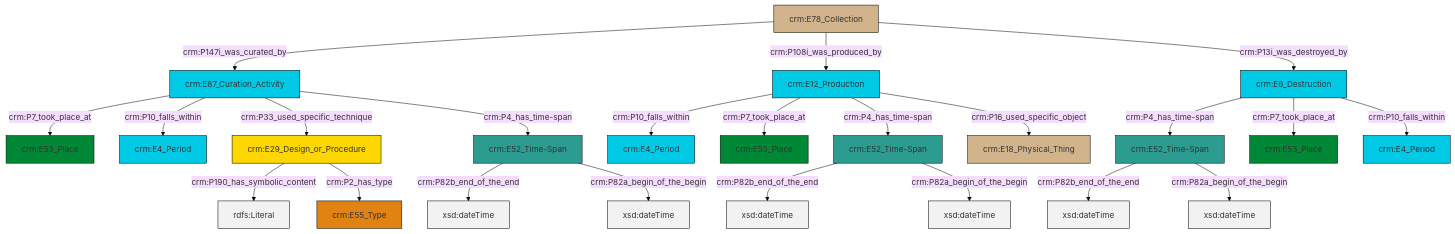
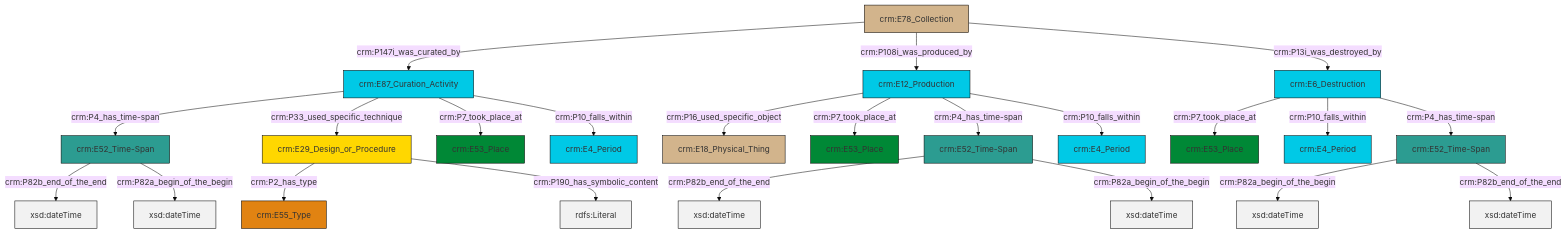
The diagram in et/archivalCSV/ttl/mmd/archival_existence.ttl.mmd (swiss-art-research-net/docs.swissartresearch), drawn with Mermaid (base theme) before and after one commit. The commit also changed 177 other files, not shown here.

```diff
--- a/et/archivalCSV/ttl/mmd/archival_existence.ttl.mmd
+++ b/et/archivalCSV/ttl/mmd/archival_existence.ttl.mmd
@@ -1,37 +1,37 @@
 graph TD
 classDef Literal fill:#f2f2f2,stroke:#000000;
 classDef CRM_Entity fill:#FFFFFF,stroke:#000000;
 classDef Temporal_Entity fill:#00C9E6, stroke:#000000;
 classDef Type fill:#E18312, stroke:#000000;
 classDef Time-Span fill:#2C9C91, stroke:#000000;
 classDef Appellation fill:#FFEB7F, stroke:#000000;
 classDef Place fill:#008836, stroke:#000000;
 classDef Persistent_Item fill:#B266B2, stroke:#000000;
 classDef Conceptual_Object fill:#FFD700, stroke:#000000;
 classDef Physical_Thing fill:#D2B48C, stroke:#000000;
 classDef Actor fill:#f58aad, stroke:#000000;
 classDef PC_Classes fill:#4ce600, stroke:#000000;
 classDef Multi fill:#cccccc,stroke:#000000;
 
-0["crm:E87_Curation_Activity"]:::Temporal_Entity -->|crm:P7_took_place_at| 1["crm:E53_Place"]:::Place
-4["crm:E29_Design_or_Procedure"]:::Conceptual_Object -->|crm:P190_has_symbolic_content| 5[rdfs:Literal]:::Literal
-0["crm:E87_Curation_Activity"]:::Temporal_Entity -->|crm:P10_falls_within| 7["crm:E4_Period"]:::Temporal_Entity
-8["crm:E52_Time-Span"]:::Time-Span -->|crm:P82b_end_of_the_end| 9[xsd:dateTime]:::Literal
-2["crm:E52_Time-Span"]:::Time-Span -->|crm:P82b_end_of_the_end| 10[xsd:dateTime]:::Literal
-11["crm:E6_Destruction"]:::Temporal_Entity -->|crm:P4_has_time-span| 2["crm:E52_Time-Span"]:::Time-Span
-8["crm:E52_Time-Span"]:::Time-Span -->|crm:P82a_begin_of_the_begin| 12[xsd:dateTime]:::Literal
-13["crm:E78_Collection"]:::Physical_Thing -->|crm:P147i_was_curated_by| 0["crm:E87_Curation_Activity"]:::Temporal_Entity
-2["crm:E52_Time-Span"]:::Time-Span -->|crm:P82a_begin_of_the_begin| 16[xsd:dateTime]:::Literal
-11["crm:E6_Destruction"]:::Temporal_Entity -->|crm:P7_took_place_at| 19["crm:E53_Place"]:::Place
-20["crm:E12_Production"]:::Temporal_Entity -->|crm:P10_falls_within| 21["crm:E4_Period"]:::Temporal_Entity
-0["crm:E87_Curation_Activity"]:::Temporal_Entity -->|crm:P33_used_specific_technique| 4["crm:E29_Design_or_Procedure"]:::Conceptual_Object
-17["crm:E52_Time-Span"]:::Time-Span -->|crm:P82b_end_of_the_end| 28[xsd:dateTime]:::Literal
-20["crm:E12_Production"]:::Temporal_Entity -->|crm:P7_took_place_at| 14["crm:E53_Place"]:::Place
-13["crm:E78_Collection"]:::Physical_Thing -->|crm:P108i_was_produced_by| 20["crm:E12_Production"]:::Temporal_Entity
-11["crm:E6_Destruction"]:::Temporal_Entity -->|crm:P10_falls_within| 33["crm:E4_Period"]:::Temporal_Entity
-0["crm:E87_Curation_Activity"]:::Temporal_Entity -->|crm:P4_has_time-span| 8["crm:E52_Time-Span"]:::Time-Span
-13["crm:E78_Collection"]:::Physical_Thing -->|crm:P13i_was_destroyed_by| 11["crm:E6_Destruction"]:::Temporal_Entity
-20["crm:E12_Production"]:::Temporal_Entity -->|crm:P4_has_time-span| 17["crm:E52_Time-Span"]:::Time-Span
-17["crm:E52_Time-Span"]:::Time-Span -->|crm:P82a_begin_of_the_begin| 36[xsd:dateTime]:::Literal
-20["crm:E12_Production"]:::Temporal_Entity -->|crm:P16_used_specific_object| 30["crm:E18_Physical_Thing"]:::Physical_Thing
-4["crm:E29_Design_or_Procedure"]:::Conceptual_Object -->|crm:P2_has_type| 23["crm:E55_Type"]:::Type
+0["crm:E52_Time-Span"]:::Time-Span -->|crm:P82b_end_of_the_end| 1[xsd:dateTime]:::Literal
+2["crm:E6_Destruction"]:::Temporal_Entity -->|crm:P7_took_place_at| 3["crm:E53_Place"]:::Place
+12["crm:E87_Curation_Activity"]:::Temporal_Entity -->|crm:P4_has_time-span| 0["crm:E52_Time-Span"]:::Time-Span
+15["crm:E52_Time-Span"]:::Time-Span -->|crm:P82b_end_of_the_end| 16[xsd:dateTime]:::Literal
+20["crm:E12_Production"]:::Temporal_Entity -->|crm:P16_used_specific_object| 10["crm:E18_Physical_Thing"]:::Physical_Thing
+15["crm:E52_Time-Span"]:::Time-Span -->|crm:P82a_begin_of_the_begin| 21[xsd:dateTime]:::Literal
+2["crm:E6_Destruction"]:::Temporal_Entity -->|crm:P10_falls_within| 24["crm:E4_Period"]:::Temporal_Entity
+0["crm:E52_Time-Span"]:::Time-Span -->|crm:P82a_begin_of_the_begin| 25[xsd:dateTime]:::Literal
+20["crm:E12_Production"]:::Temporal_Entity -->|crm:P7_took_place_at| 13["crm:E53_Place"]:::Place
+6["crm:E29_Design_or_Procedure"]:::Conceptual_Object -->|crm:P2_has_type| 17["crm:E55_Type"]:::Type
+22["crm:E78_Collection"]:::Physical_Thing -->|crm:P147i_was_curated_by| 12["crm:E87_Curation_Activity"]:::Temporal_Entity
+22["crm:E78_Collection"]:::Physical_Thing -->|crm:P108i_was_produced_by| 20["crm:E12_Production"]:::Temporal_Entity
+6["crm:E29_Design_or_Procedure"]:::Conceptual_Object -->|crm:P190_has_symbolic_content| 28[rdfs:Literal]:::Literal
+2["crm:E6_Destruction"]:::Temporal_Entity -->|crm:P4_has_time-span| 4["crm:E52_Time-Span"]:::Time-Span
+12["crm:E87_Curation_Activity"]:::Temporal_Entity -->|crm:P33_used_specific_technique| 6["crm:E29_Design_or_Procedure"]:::Conceptual_Object
+20["crm:E12_Production"]:::Temporal_Entity -->|crm:P4_has_time-span| 15["crm:E52_Time-Span"]:::Time-Span
+12["crm:E87_Curation_Activity"]:::Temporal_Entity -->|crm:P7_took_place_at| 30["crm:E53_Place"]:::Place
+12["crm:E87_Curation_Activity"]:::Temporal_Entity -->|crm:P10_falls_within| 8["crm:E4_Period"]:::Temporal_Entity
+22["crm:E78_Collection"]:::Physical_Thing -->|crm:P13i_was_destroyed_by| 2["crm:E6_Destruction"]:::Temporal_Entity
+20["crm:E12_Production"]:::Temporal_Entity -->|crm:P10_falls_within| 32["crm:E4_Period"]:::Temporal_Entity
+4["crm:E52_Time-Span"]:::Time-Span -->|crm:P82a_begin_of_the_begin| 34[xsd:dateTime]:::Literal
+4["crm:E52_Time-Span"]:::Time-Span -->|crm:P82b_end_of_the_end| 38[xsd:dateTime]:::Literal
```
